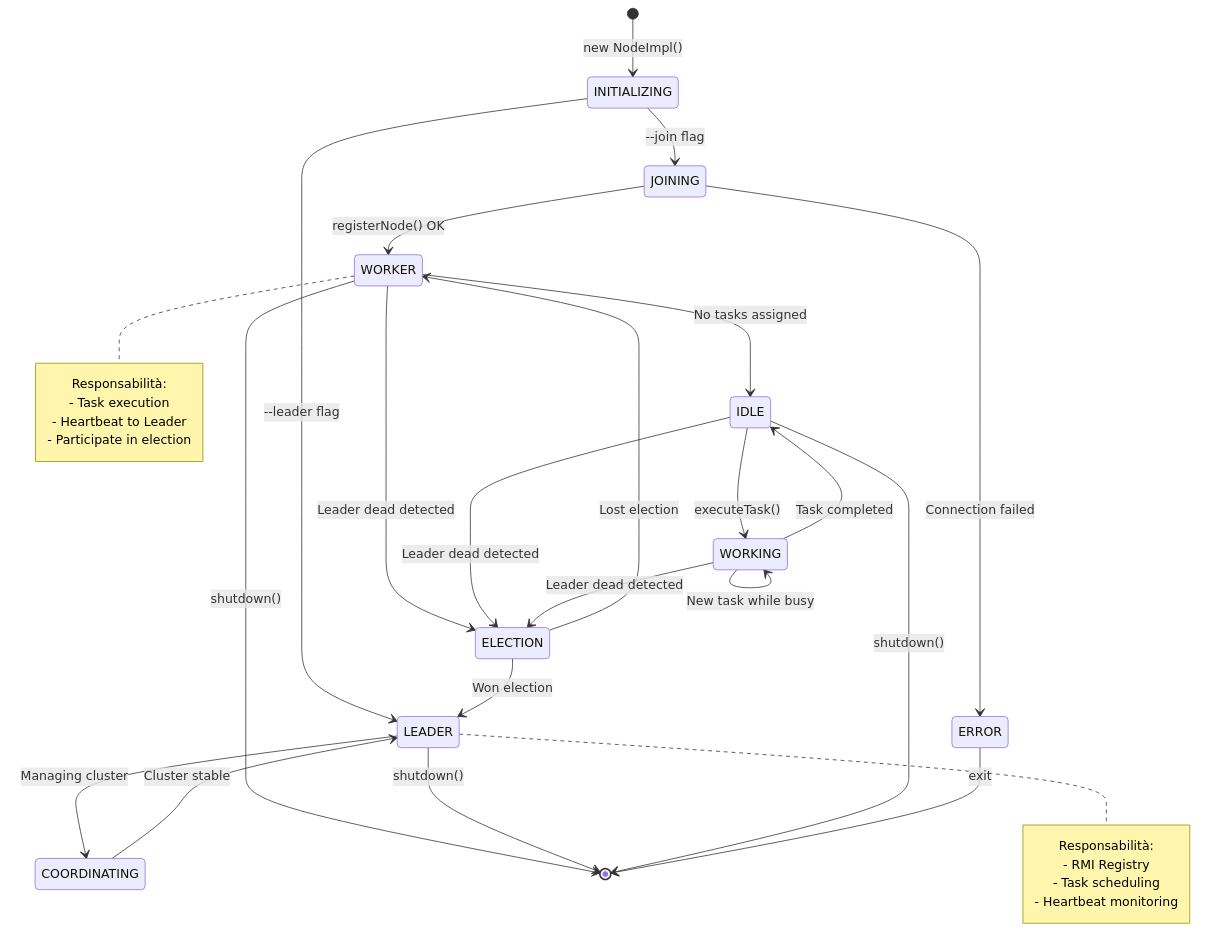
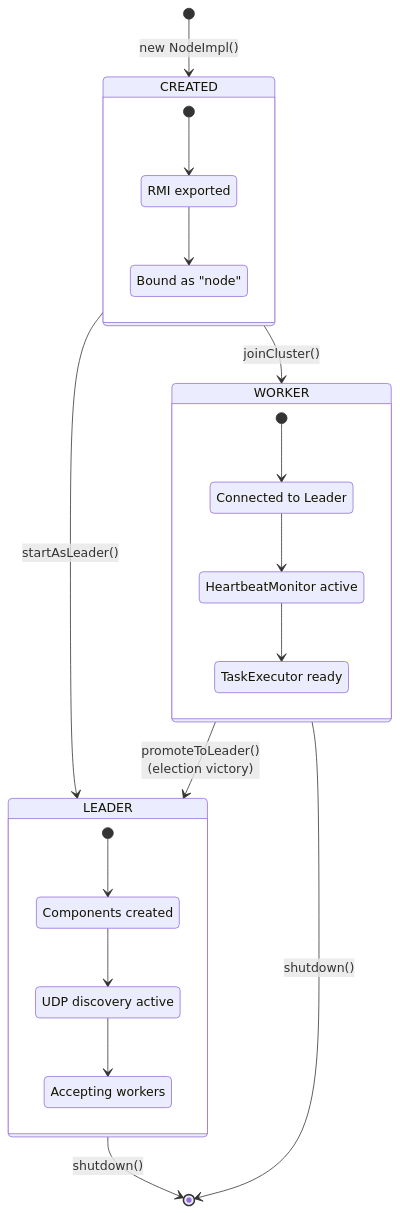
The third of 12 diagrams in docs/components/node.md (lucadileo9/hecaton), drawn with Mermaid before and after one commit. The commit also changed other lines of this file, not shown here.

Commit message:
doc: BIG refactoring of node

````diff
--- a/docs/components/node.md
+++ b/docs/components/node.md
@@ -133,44 +189,37 @@
 ```mermaid
 stateDiagram-v2
-    [*] --> INITIALIZING: new NodeImpl()
+    [*] --> CREATED: new NodeImpl()
     
-    INITIALIZING --> LEADER: --leader flag
-    INITIALIZING --> JOINING: --join flag
+    CREATED --> WORKER: joinCluster()
+    CREATED --> LEADER: startAsLeader()
     
-    JOINING --> WORKER: registerNode() OK
-    JOINING --> ERROR: Connection failed
+    WORKER --> LEADER: promoteToLeader()<br/>(election victory)
     
-    WORKER --> IDLE: No tasks assigned
-    IDLE --> WORKING: executeTask()
-    WORKING --> IDLE: Task completed
-    WORKING --> WORKING: New task while busy
+    LEADER --> [*]: shutdown()
+    WORKER --> [*]: shutdown()
     
-    WORKER --> ELECTION: Leader dead detected
-    IDLE --> ELECTION: Leader dead detected
-    WORKING --> ELECTION: Leader dead detected
+    state CREATED {
+        [*] --> Exported
+        Exported: RMI exported
+        Exported --> Bound
+        Bound: Bound as "node"
+    }
     
-    ELECTION --> LEADER: Won election
-    ELECTION --> WORKER: Lost election
+    state WORKER {
+        [*] --> Connected
+        Connected: Connected to Leader
+        Connected --> Monitoring
+        Monitoring: HeartbeatMonitor active
+        Monitoring --> Executing
+        Executing: TaskExecutor ready
+    }
     
-    LEADER --> COORDINATING: Managing cluster
-    COORDINATING --> LEADER: Cluster stable
-    
-    WORKER --> [*]: shutdown()
-    LEADER --> [*]: shutdown()
-    IDLE --> [*]: shutdown()
-    ERROR --> [*]: exit
-    
-    note right of LEADER
-        Responsabilità:
-        - RMI Registry
-        - Task scheduling
-        - Heartbeat monitoring
-    end note
-    
-    note right of WORKER
-        Responsabilità:
-        - Task execution
-        - Heartbeat to Leader
-        - Participate in election
-    end note
+    state LEADER {
+        [*] --> Initialized
+        Initialized: Components created
+        Initialized --> Broadcasting
+        Broadcasting: UDP discovery active
+        Broadcasting --> Accepting
+        Accepting: Accepting workers
+    }
 ```
````
